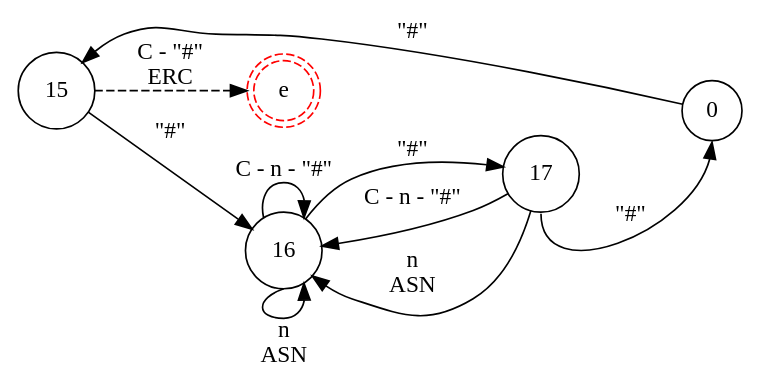
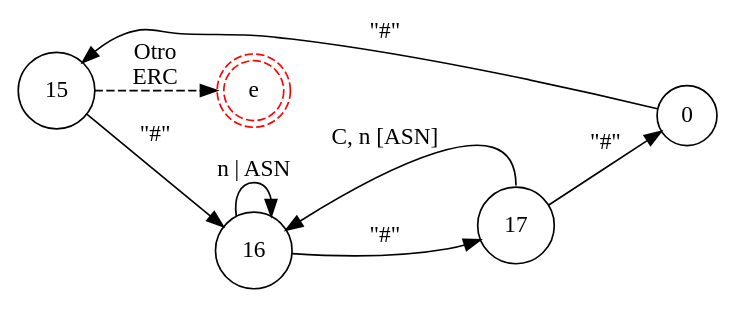
The diagram in resources/diagrams/errors/comments.dot (iroumec/RouVel-Compiler), drawn with Graphviz before and after one commit. The commit also changed 12 other files, not shown here.

Commit message:
Graphs Improved

```diff
--- a/resources/diagrams/errors/comments.dot
+++ b/resources/diagrams/errors/comments.dot
@@ -1,15 +1,13 @@
 digraph DFA {
     rankdir = LR;
     node [shape = circle;];
     e [shape = doublecircle;style = dashed;color = red;];
     
     0 -> 15 [label = "\"#\"";];
-    15 -> e [label = "C - \"#\" \n ERC"; style = dashed;];
+    15 -> e [label = "Otro \n ERC"; style = dashed;];
     15 -> 16 [label = "\"#\"";];
-    16 -> 16 [label = "C - n - \"#\"";];
-    16 -> 16 [label = "n \n ASN"; tailport = s;];
+    16 -> 16 [label = "n | ASN";];
     16 -> 17 [label = "\"#\"";];
-    17 -> 16 [label = "C - n - \"#\"";];
-    17 -> 16 [label = "n \n ASN";];
-    17 -> 0 [label = "\"#\""; headport = s; tailport = s;];
+    17 -> 16 [label = "C, n [ASN]"; tailport = n;];
+    17 -> 0 [label = "\"#\"";];
 }
```
